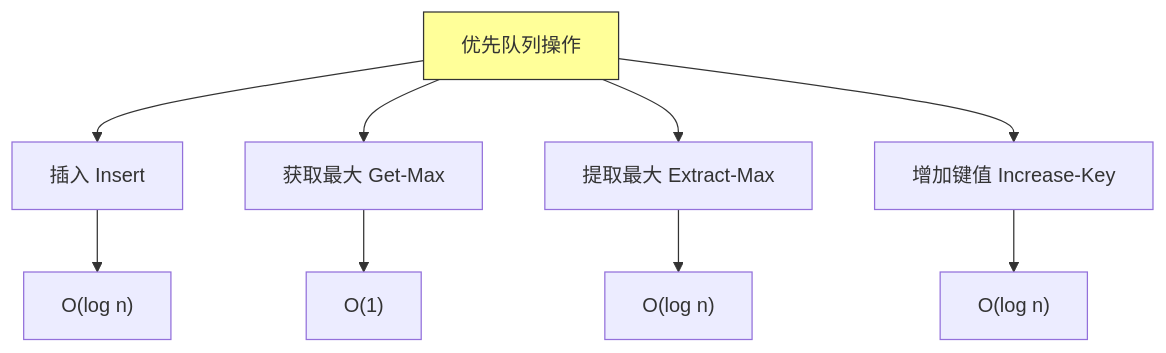
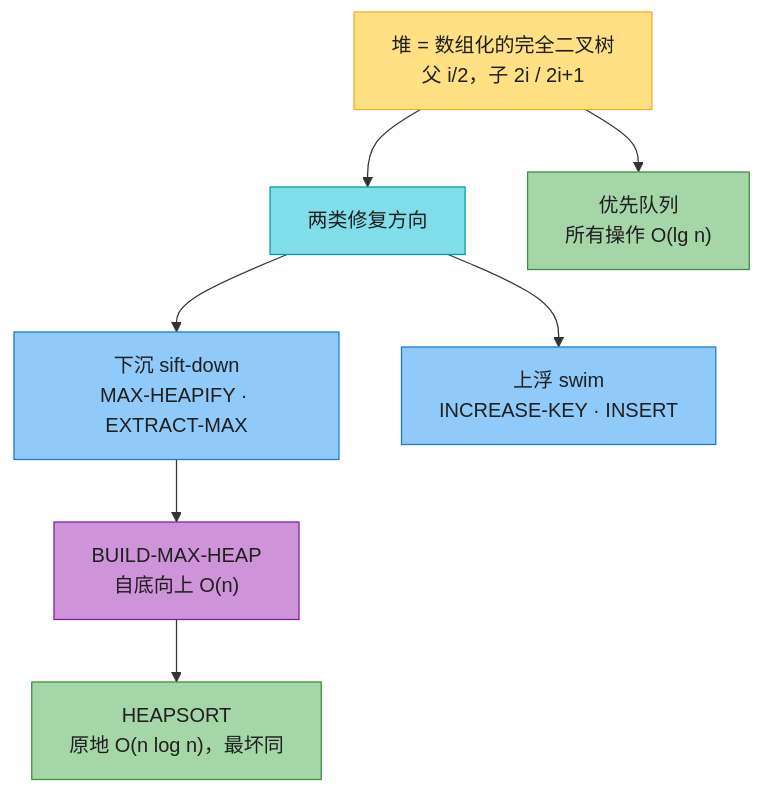
One commit to socoo123/book_reading changed the sixth of 6 diagrams in IntroductionToAlgorithms/Chapter06_堆排序_深度版.md. Above: the diagram before and after it, drawn with Mermaid. The commit also changed other lines of this file and 30 other files, not shown here.

````diff
--- a/IntroductionToAlgorithms/Chapter06_堆排序_深度版.md
+++ b/IntroductionToAlgorithms/Chapter06_堆排序_深度版.md
@@ -471,14 +694,17 @@
 ```mermaid
-graph TD
-    A["优先队列操作"] --> B["插入 Insert"]
-    A --> C["获取最大 Get-Max"]
-    A --> D["提取最大 Extract-Max"]
-    A --> E["增加键值 Increase-Key"]
+flowchart TD
+    A["堆 = 数组化的完全二叉树<br/>父 i/2，子 2i / 2i+1"] --> B["两类修复方向"]
+    B --> C["下沉 sift-down<br/>MAX-HEAPIFY · EXTRACT-MAX"]
+    B --> D["上浮 swim<br/>INCREASE-KEY · INSERT"]
+    C --> E["BUILD-MAX-HEAP<br/>自底向上 O(n)"]
+    E --> F["HEAPSORT<br/>原地 O(n log n)，最坏同"]
+    A --> G["优先队列<br/>所有操作 O(lg n)"]
 
-    B --> B1["O(log n)"]
-    C --> C1["O(1)"]
-    D --> D1["O(log n)"]
-    E --> E1["O(log n)"]
-
-    style A fill:#ff9,stroke:#333
+    style A fill:#FFE082,stroke:#F9A825,color:#1f1f1f
+    style B fill:#80DEEA,stroke:#0097A7,color:#1f1f1f
+    style C fill:#90CAF9,stroke:#1976D2,color:#1f1f1f
+    style D fill:#90CAF9,stroke:#1976D2,color:#1f1f1f
+    style E fill:#CE93D8,stroke:#7B1FA2,color:#1f1f1f
+    style F fill:#A5D6A7,stroke:#388E3C,color:#1f1f1f
+    style G fill:#A5D6A7,stroke:#388E3C,color:#1f1f1f
 ```
````
